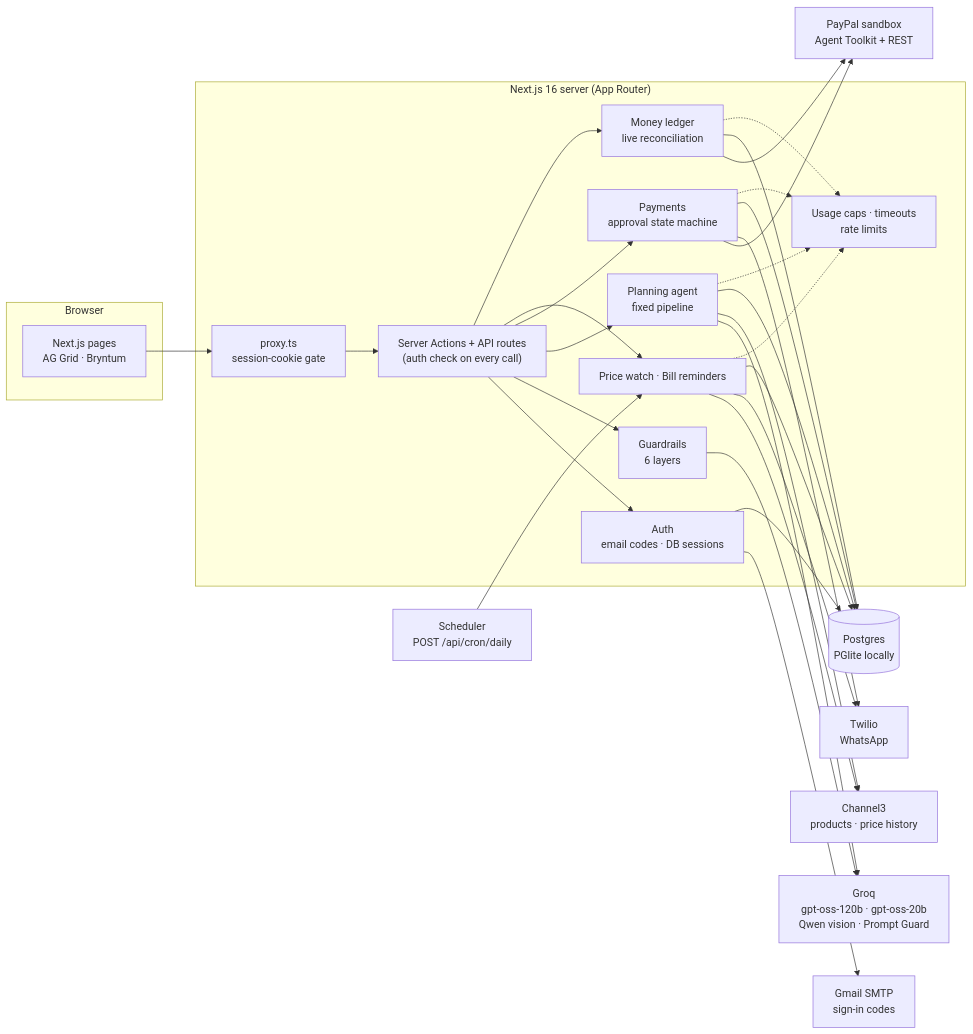
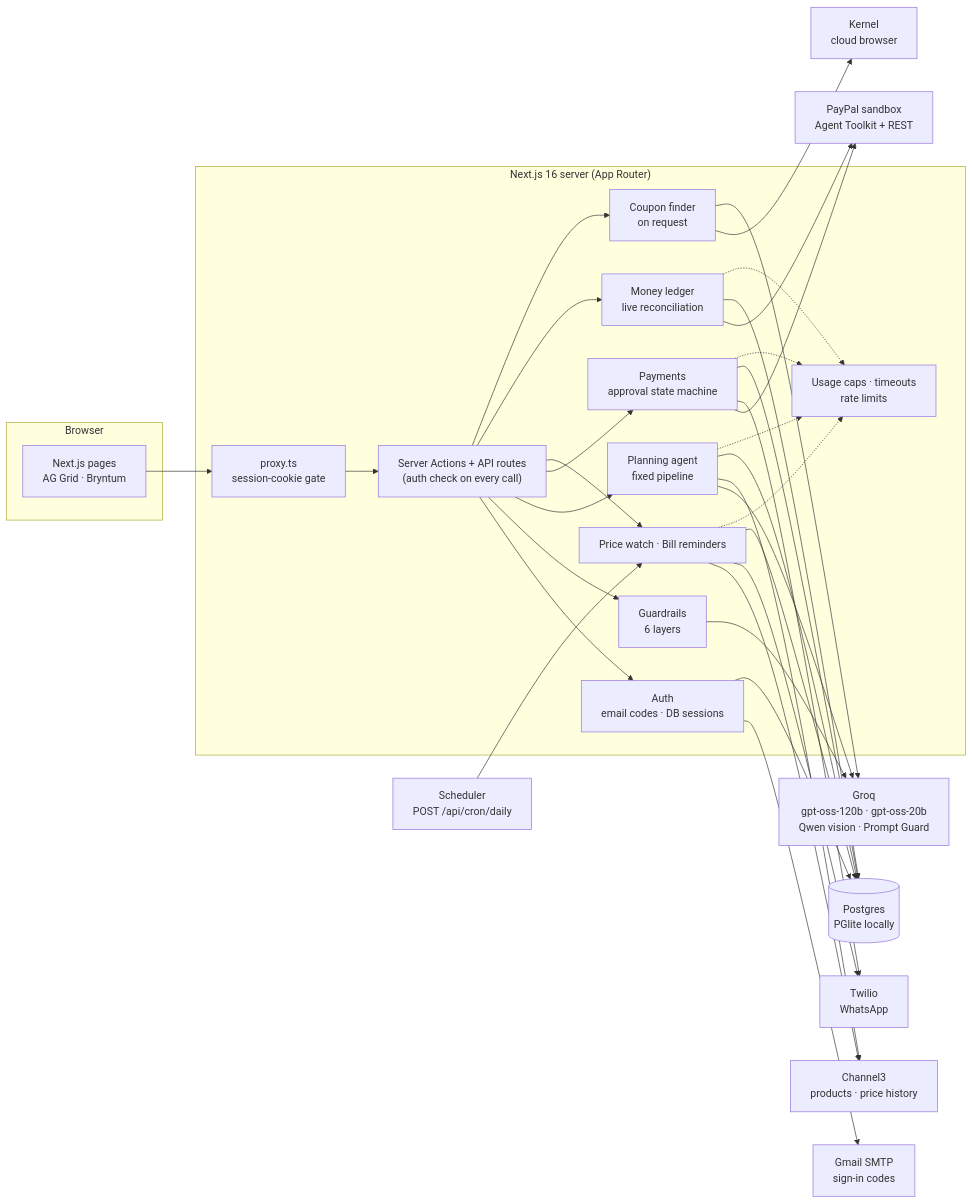
One commit to sidharthaxy/Lifecart changed the diagram in README.md. Above: the diagram before and after it, drawn with Mermaid. The commit also changed other lines of this file and 24 other files, not shown here.

First line of the commit message:
Coupon finder (on request, Kernel web search) and delete-with-confirmation everywhere

````diff
--- a/README.md
+++ b/README.md
@@ -114,39 +130,42 @@
 ```mermaid
 flowchart LR
   subgraph Browser
     UI["Next.js pages<br/>AG Grid · Bryntum"]
   end
 
   subgraph Server["Next.js 16 server (App Router)"]
     Proxy["proxy.ts<br/>session-cookie gate"]
     Actions["Server Actions + API routes<br/>(auth check on every call)"]
     Auth["Auth<br/>email codes · DB sessions"]
     Guard["Guardrails<br/>6 layers"]
     Agent["Planning agent<br/>fixed pipeline"]
     Pay["Payments<br/>approval state machine"]
     Watch["Price watch · Bill reminders"]
+    Coupons["Coupon finder<br/>on request"]
     Money["Money ledger<br/>live reconciliation"]
     Usage["Usage caps · timeouts<br/>rate limits"]
   end
 
   DB[("Postgres<br/>PGlite locally")]
   Groq["Groq<br/>gpt-oss-120b · gpt-oss-20b<br/>Qwen vision · Prompt Guard"]
   C3["Channel3<br/>products · price history"]
   PP["PayPal sandbox<br/>Agent Toolkit + REST"]
   TW["Twilio<br/>WhatsApp"]
+  KB["Kernel<br/>cloud browser"]
   GM["Gmail SMTP<br/>sign-in codes"]
   Cron["Scheduler<br/>POST /api/cron/daily"]
 
   UI --> Proxy --> Actions
-  Actions --> Auth & Guard & Agent & Pay & Watch & Money
+  Actions --> Auth & Guard & Agent & Pay & Watch & Money & Coupons
   Guard --> Groq
   Agent --> Groq & C3
+  Coupons --> KB & Groq
   Pay --> PP
   Money --> PP
   Watch --> C3 & TW
   Pay --> TW
   Auth --> GM
   Cron --> Watch
   Auth & Agent & Pay & Watch & Money --> DB
   Agent & Pay & Watch & Money -.-> Usage
 ```
````
